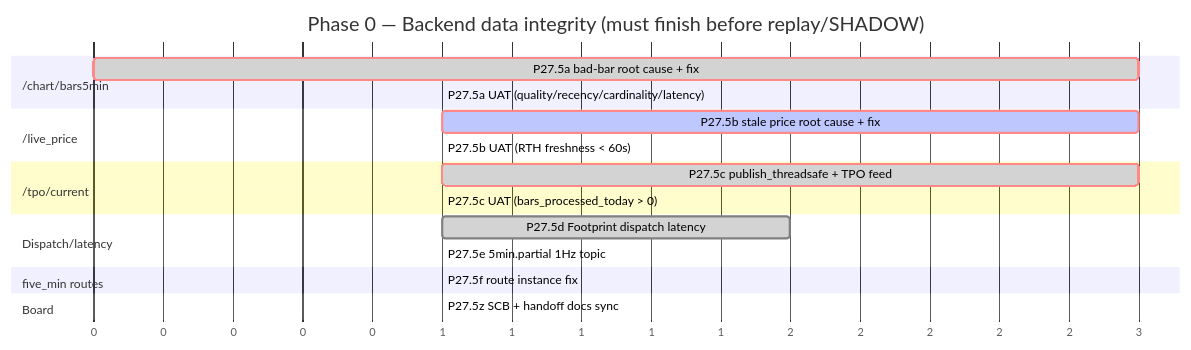
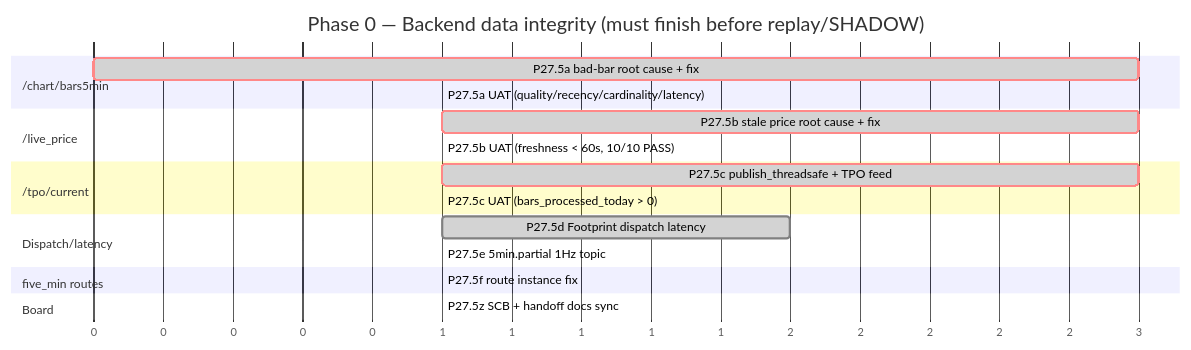
Before and after one commit to michaelbarg/mems26-web: the first of 7 diagrams in docs/reports/handoff/GANTT_TO_LIVE.md, drawn with Mermaid. The commit also changed other lines of this file and 27 other files, not shown here.

````diff
--- a/docs/reports/handoff/GANTT_TO_LIVE.md
+++ b/docs/reports/handoff/GANTT_TO_LIVE.md
@@ -40,22 +40,22 @@
 ```mermaid
 gantt
     title Phase 0 — Backend data integrity (must finish before replay/SHADOW)
     dateFormat  X
     axisFormat  %s
     section /chart/bars5min
     P27.5a bad-bar root cause + fix             :done, crit, p275a, 0, 3
     P27.5a UAT (quality/recency/cardinality/latency) :done, p275aU, after p275a, 1
     section /live_price
-    P27.5b stale price root cause + fix         :active, crit, p275b, after p275aU, 3
-    P27.5b UAT (RTH freshness < 60s)            :crit, p275bU, after p275b, 1
+    P27.5b stale price root cause + fix         :done, crit, p275b, after p275aU, 3
+    P27.5b UAT (freshness < 60s, 10/10 PASS)   :done, crit, p275bU, after p275b, 1
     section /tpo/current
     P27.5c publish_threadsafe + TPO feed        :done, crit, p275c, after p275aU, 3
     P27.5c UAT (bars_processed_today > 0)       :done, p275cU, after p275c, 1
     section Dispatch/latency
     P27.5d Footprint dispatch latency           :done, p275d, after p275cU, 2
     P27.5e 5min.partial 1Hz topic               :done, p275e, after p275d, 1
     section five_min routes
     P27.5f route instance fix                   :done, p275f, after p275e, 1
     section Board
     P27.5z SCB + handoff docs sync              :done, p275z, after p275f, 1
 ```
````
